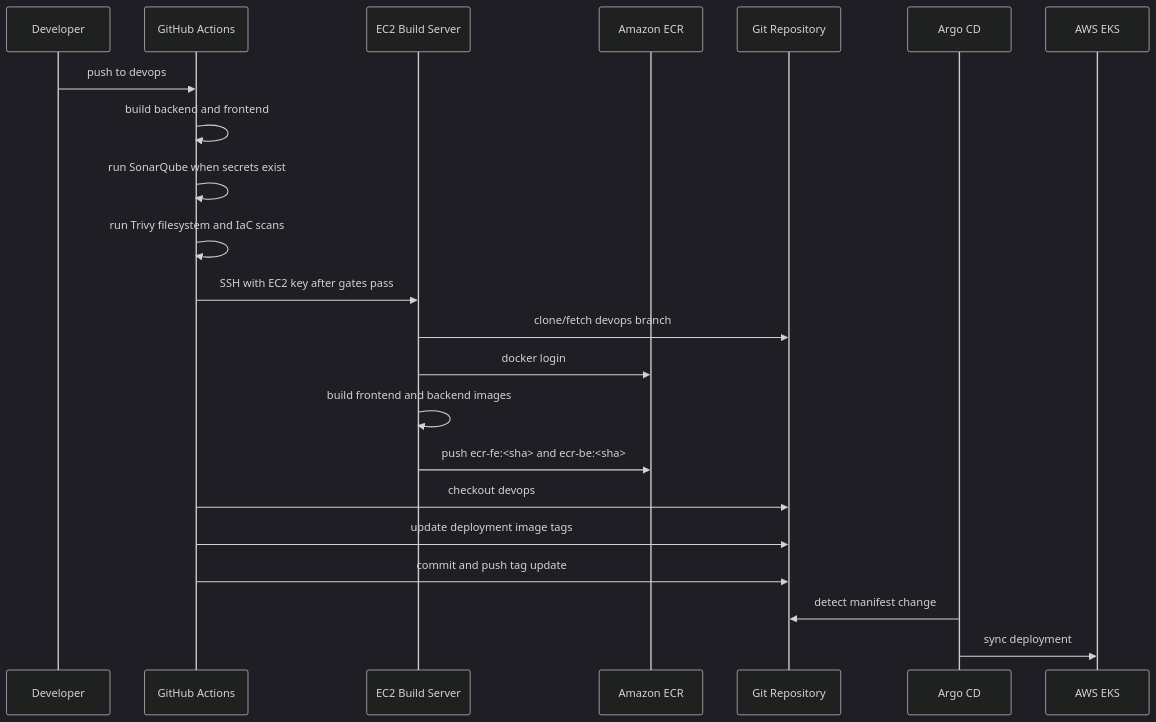
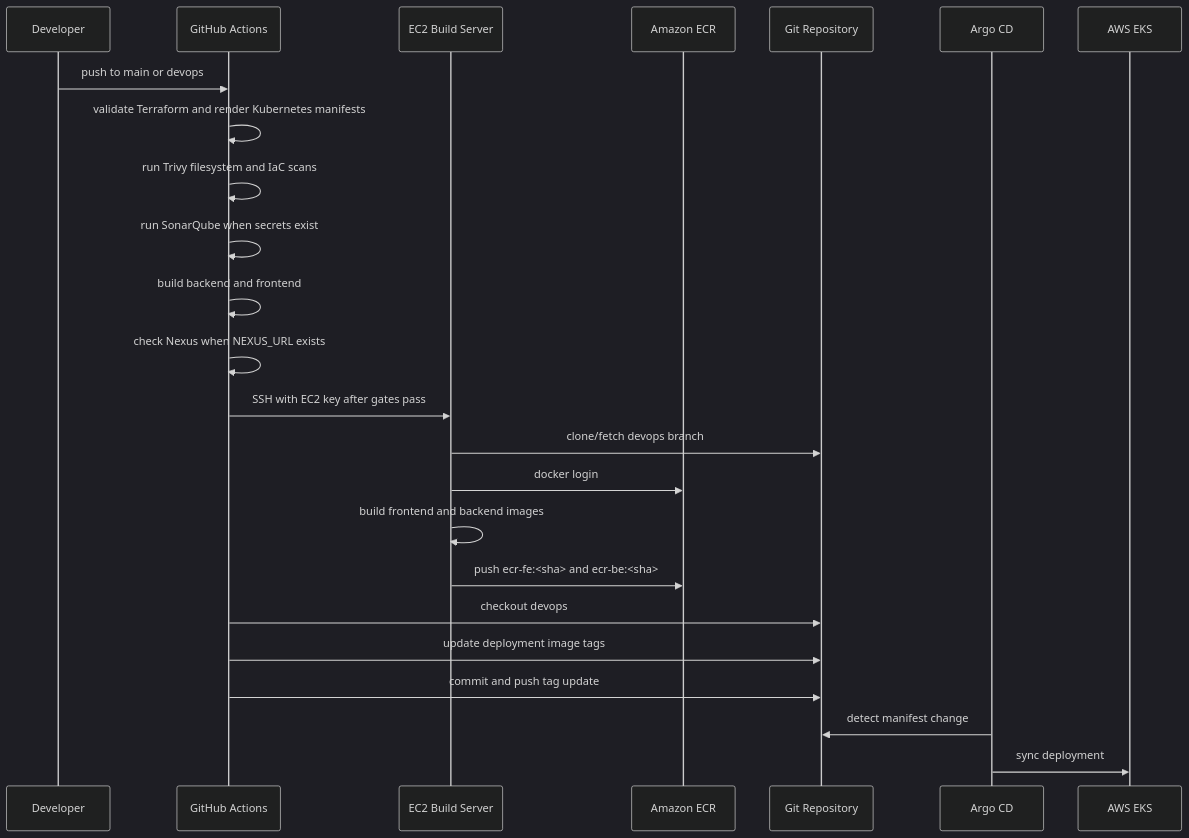
Before and after one commit to Kien-devops/eks-cicd-argocd-sec-monitor: the second of 2 diagrams in .github/workflows/README.md, drawn with Mermaid (dark theme). The commit also changed other lines of this file and 1 other file, not shown here.

Commit message:
ci: align workflow with devsecops flow

````diff
--- a/.github/workflows/README.md
+++ b/.github/workflows/README.md
@@ -40,25 +43,27 @@
 ```mermaid
 sequenceDiagram
   participant Dev as Developer
   participant GH as GitHub Actions
   participant EC2 as EC2 Build Server
   participant ECR as Amazon ECR
   participant Git as Git Repository
   participant Argo as Argo CD
   participant EKS as AWS EKS
 
-  Dev->>GH: push to devops
+  Dev->>GH: push to main or devops
+  GH->>GH: validate Terraform and render Kubernetes manifests
+  GH->>GH: run Trivy filesystem and IaC scans
+  GH->>GH: run SonarQube when secrets exist
   GH->>GH: build backend and frontend
-  GH->>GH: run SonarQube when secrets exist
-  GH->>GH: run Trivy filesystem and IaC scans
+  GH->>GH: check Nexus when NEXUS_URL exists
   GH->>EC2: SSH with EC2 key after gates pass
   EC2->>Git: clone/fetch devops branch
   EC2->>ECR: docker login
   EC2->>EC2: build frontend and backend images
   EC2->>ECR: push ecr-fe:<sha> and ecr-be:<sha>
   GH->>Git: checkout devops
   GH->>Git: update deployment image tags
   GH->>Git: commit and push tag update
   Argo->>Git: detect manifest change
   Argo->>EKS: sync deployment
 ```
````
